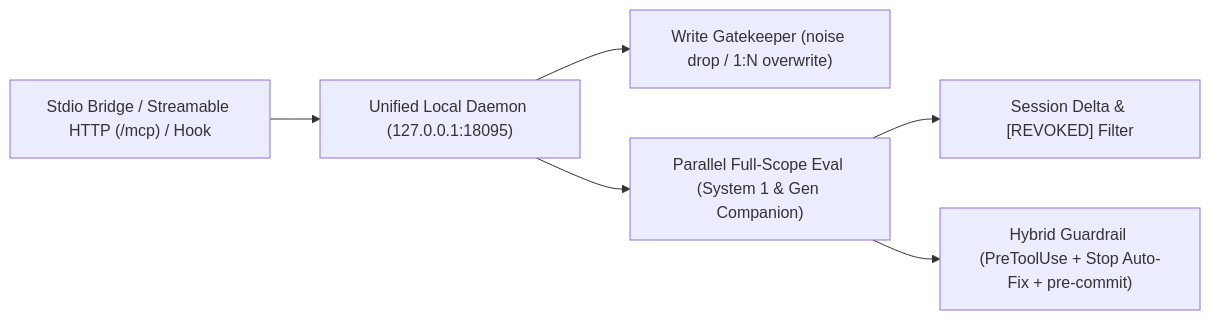
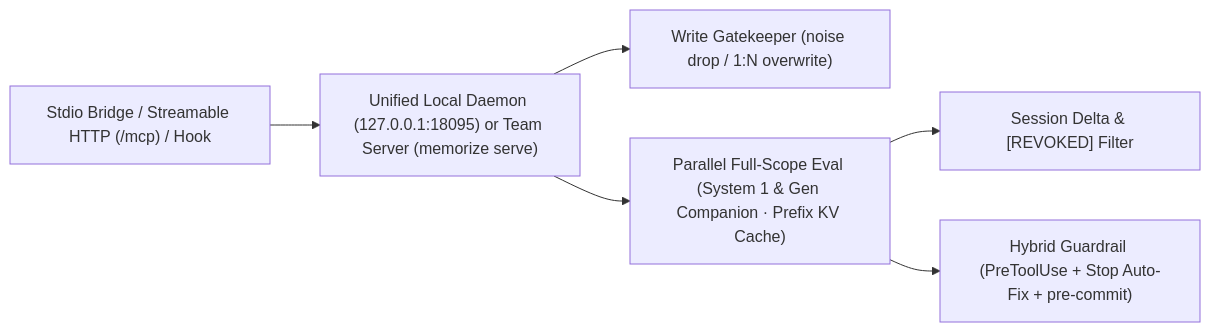
One commit to marbasdev/memorize changed the diagram in ARCHITECTURE.md. Above: the diagram before and after it, drawn with Mermaid. The commit also changed other lines of this file and 13 other files, not shown here.

Commit message:
chore(release): bump version to 1.2.0 and sync public docs for Team Server mode

````diff
--- a/ARCHITECTURE.md
+++ b/ARCHITECTURE.md
@@ -7,8 +7,8 @@
 ```mermaid
 flowchart LR
-    A["Stdio Bridge / Streamable HTTP (/mcp) / Hook"] --> B["Unified Local Daemon (127.0.0.1:18095)"]
+    A["Stdio Bridge / Streamable HTTP (/mcp) / Hook"] --> B["Unified Local Daemon (127.0.0.1:18095) or Team Server (memorize serve)"]
     B --> C["Write Gatekeeper (noise drop / 1:N overwrite)"]
-    B --> D["Parallel Full-Scope Eval (System 1 & Gen Companion)"]
+    B --> D["Parallel Full-Scope Eval (System 1 & Gen Companion · Prefix KV Cache)"]
     D --> E["Session Delta & [REVOKED] Filter"]
     D --> F["Hybrid Guardrail (PreToolUse + Stop Auto-Fix + pre-commit)"]
 ```
````
